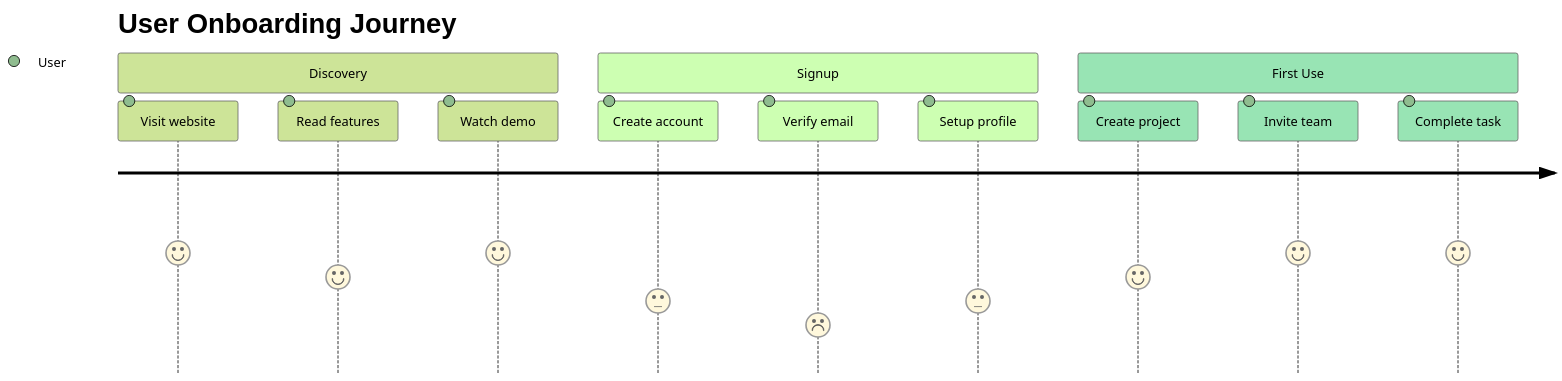
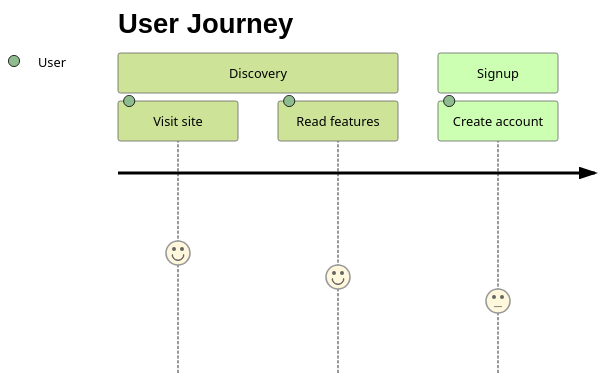
One commit to kv0906/pm-kit changed the fourth of 7 diagrams in skills/mermaid-diagrams/SKILL.md. Above: the diagram before and after it, drawn with Mermaid (forest theme). The commit also changed other lines of this file and 50 other files, not shown here.

````diff
--- a/skills/mermaid-diagrams/SKILL.md
+++ b/skills/mermaid-diagrams/SKILL.md
@@ -129,16 +118,9 @@
 ```mermaid
 journey
-    title User Onboarding Journey
+    title User Journey
     section Discovery
-      Visit website: 5: User
+      Visit site: 5: User
       Read features: 4: User
-      Watch demo: 5: User
     section Signup
       Create account: 3: User
-      Verify email: 2: User
-      Setup profile: 3: User
-    section First Use
-      Create project: 4: User
-      Invite team: 5: User
-      Complete task: 5: User
 ```
````
